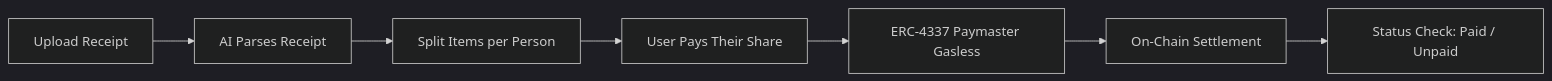
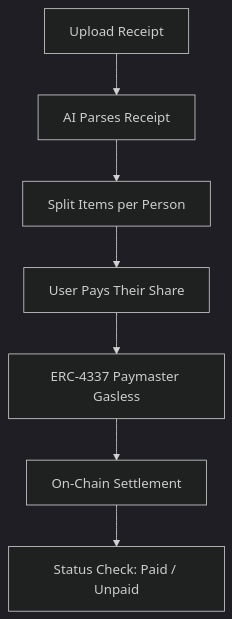
The diagram in README.md (Jou-arch/receiptsplit), drawn with Mermaid (dark theme) before and after one commit.

````diff
--- a/README.md
+++ b/README.md
@@ -28,9 +28,9 @@
 ```mermaid
-flowchart LR
+flowchart TD
 A[Upload Receipt] --> B[AI Parses Receipt]
 B --> C[Split Items per Person]
 C --> D[User Pays Their Share]
 D --> E[ERC-4337 Paymaster Gasless]
 E --> F[On-Chain Settlement]
 F --> G[Status Check: Paid / Unpaid]
 ```
````
